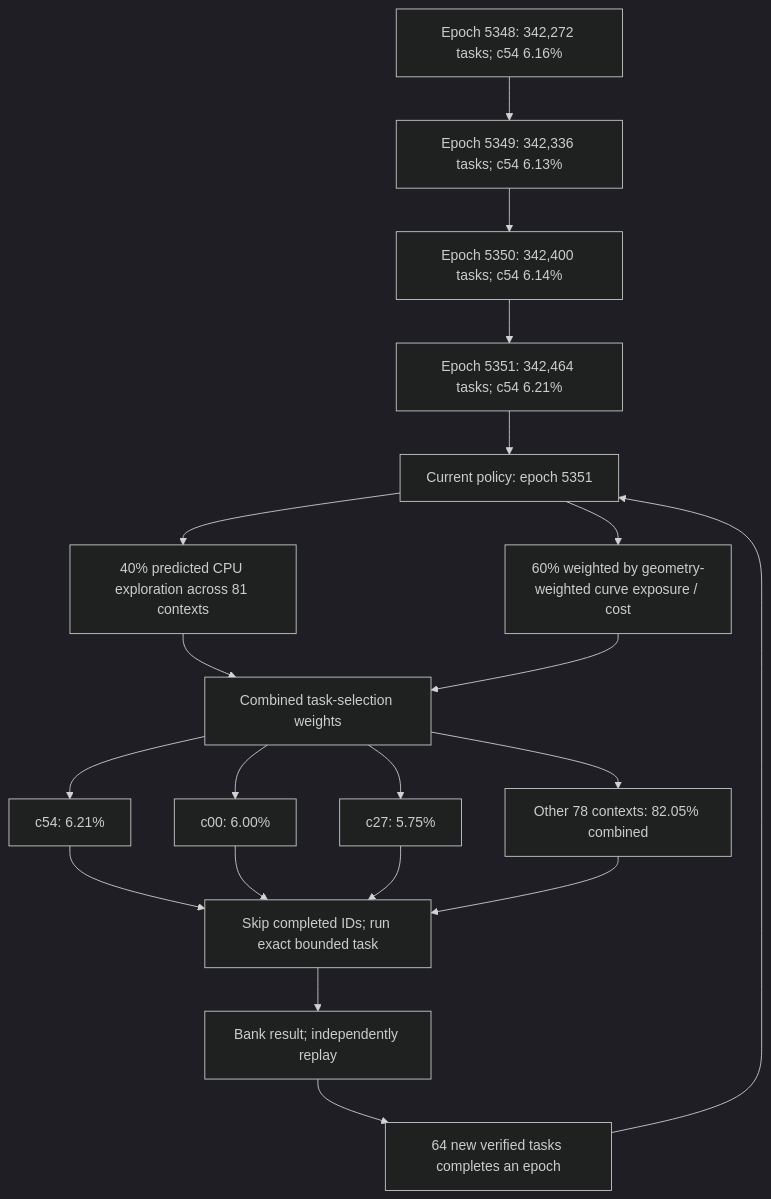
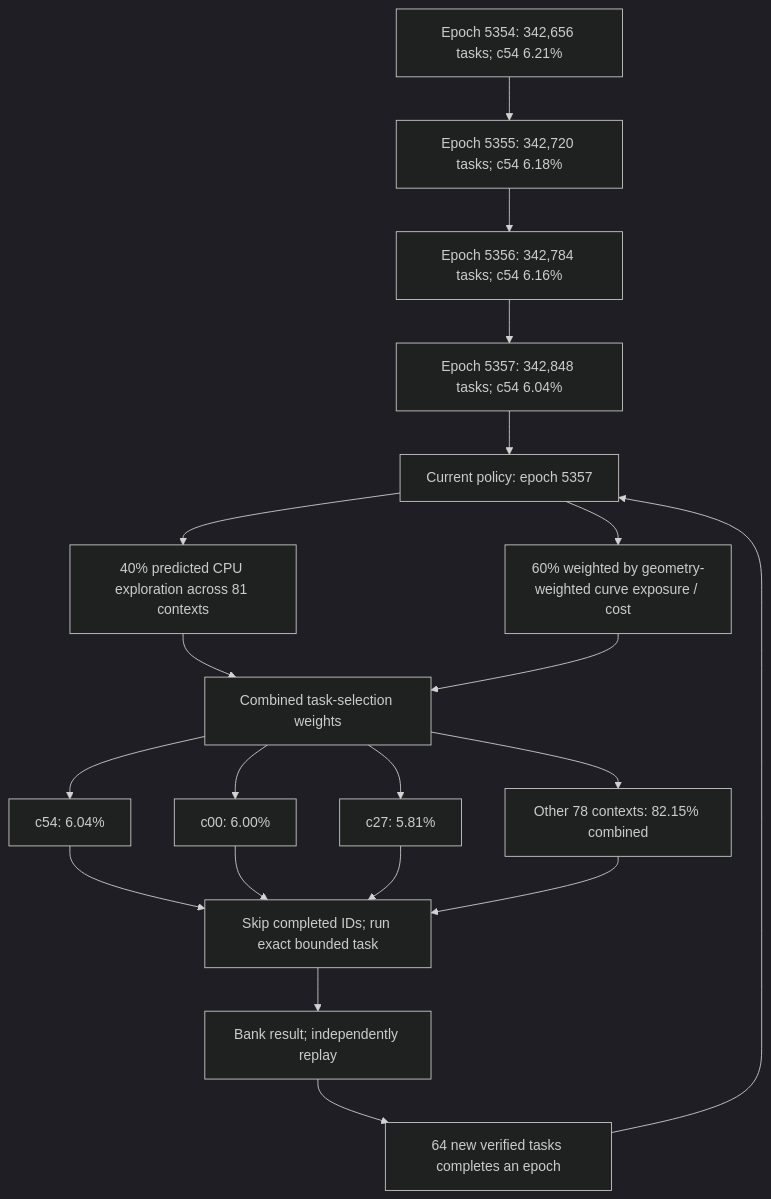
Before and after one commit to Kuberwastaken/math-gambling: the first of 3 diagrams in README.md, drawn with Mermaid (dark theme). The commit also changed other lines of this file and 1321 other files, not shown here.

````diff
--- a/README.md
+++ b/README.md
@@ -60,27 +60,27 @@
 ```mermaid
 flowchart TD
-    H0["Epoch 5348: 342,272 tasks; c54 6.16%"]
-    H1["Epoch 5349: 342,336 tasks; c54 6.13%"]
+    H0["Epoch 5354: 342,656 tasks; c54 6.21%"]
+    H1["Epoch 5355: 342,720 tasks; c54 6.18%"]
     H0 --> H1
-    H2["Epoch 5350: 342,400 tasks; c54 6.14%"]
+    H2["Epoch 5356: 342,784 tasks; c54 6.16%"]
     H1 --> H2
-    H3["Epoch 5351: 342,464 tasks; c54 6.21%"]
+    H3["Epoch 5357: 342,848 tasks; c54 6.04%"]
     H2 --> H3
-    Policy["Current policy: epoch 5351"]
+    Policy["Current policy: epoch 5357"]
     H3 --> Policy
     Policy --> Explore["40% predicted CPU exploration across 81 contexts"]
     Policy --> Cost["60% weighted by geometry-weighted curve exposure / cost"]
     Explore --> Mix["Combined task-selection weights"]
     Cost --> Mix
-    Mix --> C0["c54: 6.21%"]
+    Mix --> C0["c54: 6.04%"]
     Mix --> C1["c00: 6.00%"]
-    Mix --> C2["c27: 5.75%"]
-    Mix --> Rest["Other 78 contexts: 82.05% combined"]
+    Mix --> C2["c27: 5.81%"]
+    Mix --> Rest["Other 78 contexts: 82.15% combined"]
     C0 --> Check["Skip completed IDs; run exact bounded task"]
     C1 --> Check
     C2 --> Check
     Rest --> Check
     Check --> Replay["Bank result; independently replay"]
     Replay --> Gate["64 new verified tasks completes an epoch"]
     Gate --> Policy
 ```
````
